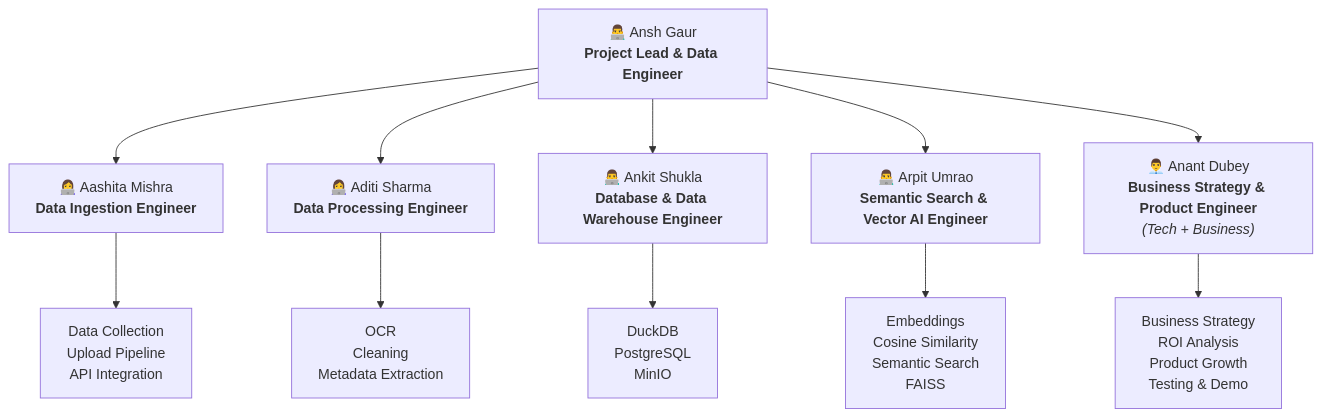
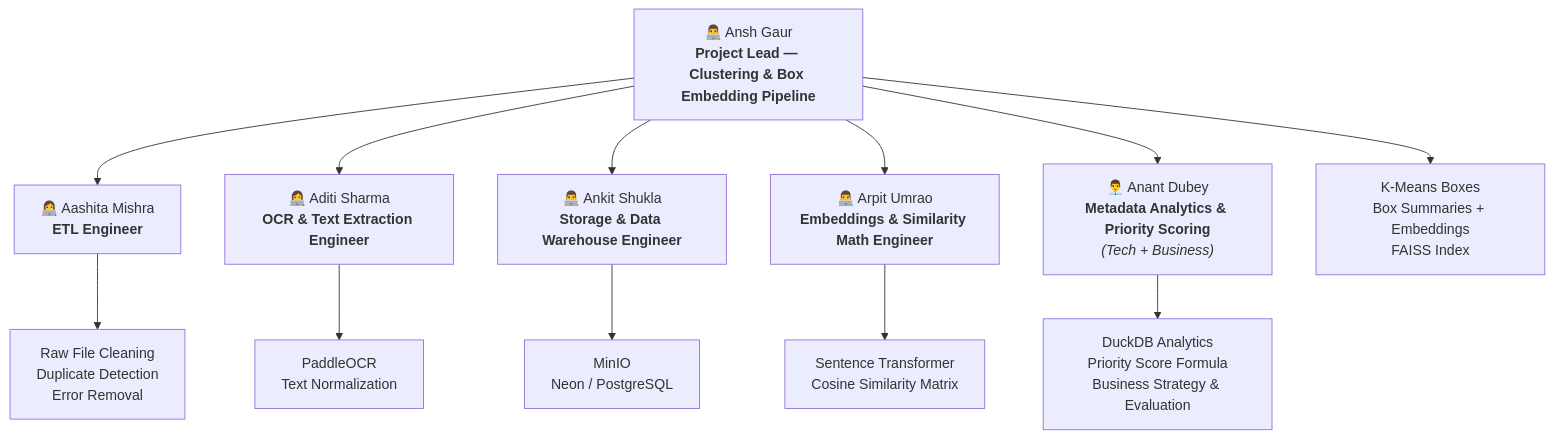
Before and after one commit to anshxgaur/VISTA: the diagram in README.md, drawn with Mermaid. The commit also changed other lines of this file, not shown here.

````diff
--- a/README.md
+++ b/README.md
@@ -169,21 +190,22 @@
 ```mermaid
 flowchart TD
-    A["👨‍💻 Ansh Gaur<br><b>Project Lead & Data Engineer</b>"]
-    B["👩‍💻 Aashita Mishra<br><b>Data Ingestion Engineer</b>"]
-    C["👩‍💻 Aditi Sharma<br><b>Data Processing Engineer</b>"]
-    D["👨‍💻 Ankit Shukla<br><b>Database & Data Warehouse Engineer</b>"]
-    E["👨‍💻 Arpit Umrao<br><b>Semantic Search & Vector AI Engineer</b>"]
-    F["👨‍💼 Anant Dubey<br><b>Business Strategy & Product Engineer</b><br><i>(Tech + Business)</i>"]
+    A["👨‍💻 Ansh Gaur<br><b>Project Lead — Clustering & Box Embedding Pipeline</b>"]
+    B["👩‍💻 Aashita Mishra<br><b>ETL Engineer</b>"]
+    C["👩‍💻 Aditi Sharma<br><b>OCR & Text Extraction Engineer</b>"]
+    D["👨‍💻 Ankit Shukla<br><b>Storage & Data Warehouse Engineer</b>"]
+    E["👨‍💻 Arpit Umrao<br><b>Embeddings & Similarity Math Engineer</b>"]
+    F["👨‍💼 Anant Dubey<br><b>Metadata Analytics & Priority Scoring</b><br><i>(Tech + Business)</i>"]
 
     A --> B
     A --> C
     A --> D
     A --> E
     A --> F
 
-    B --> G["Data Collection<br>Upload Pipeline<br>API Integration"]
-    C --> H["OCR<br>Cleaning<br>Metadata Extraction"]
-    D --> I["DuckDB<br>PostgreSQL<br>MinIO"]
-    E --> J["Embeddings<br>Cosine Similarity<br>Semantic Search<br>FAISS"]
-    F --> K["Business Strategy<br>ROI Analysis<br>Product Growth<br>Testing & Demo"]
+    B --> G["Raw File Cleaning<br>Duplicate Detection<br>Error Removal"]
+    C --> H["PaddleOCR<br>Text Normalization"]
+    D --> I["MinIO<br>Neon / PostgreSQL"]
+    E --> J["Sentence Transformer<br>Cosine Similarity Matrix"]
+    F --> K["DuckDB Analytics<br>Priority Score Formula<br>Business Strategy & Evaluation"]
+    A --> L["K-Means Boxes<br>Box Summaries + Embeddings<br>FAISS Index"]
 ```
````
